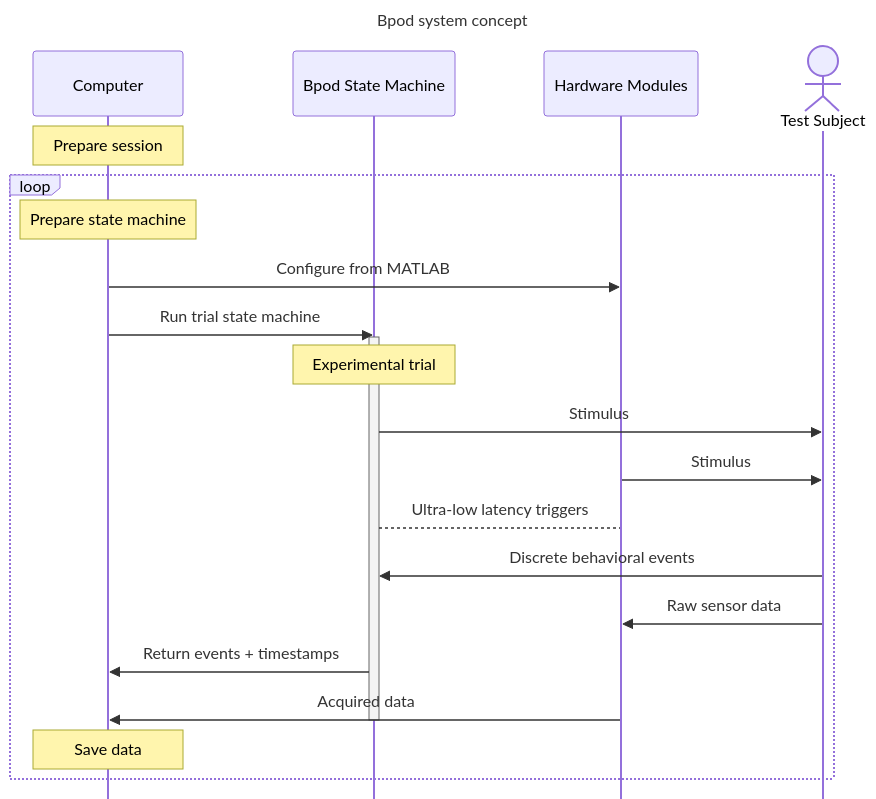
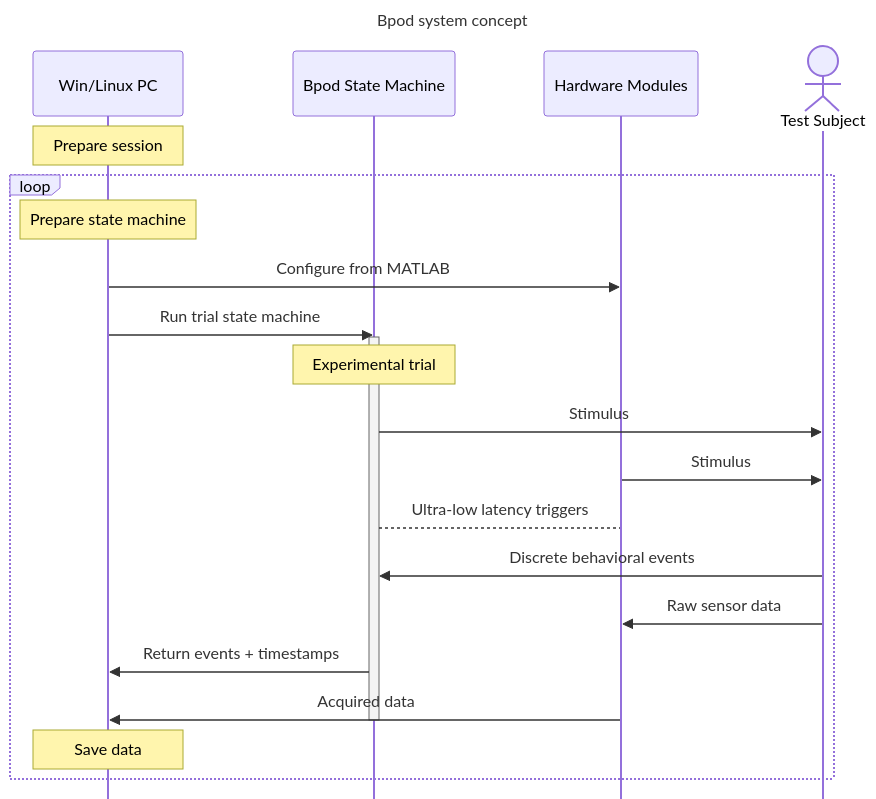
The diagram in docs/index.md (sanworks/Bpod_Wiki), drawn with Mermaid before and after one commit. The commit also changed 15 other files, not shown here.

````diff
--- a/docs/index.md
+++ b/docs/index.md
@@ -41,29 +41,29 @@
 ```mermaid
 ---
 title: Bpod system concept
 ---
 %%{init: { 'theme': 'default', 'sequence': { 'mirrorActors': false } }}%%
 sequenceDiagram
-participant matlab as Computer
+participant matlab as Win/Linux PC
 participant bpod as Bpod State Machine
 participant external as Hardware Modules
 actor subject as Test Subject
 
 Note over matlab: Prepare session
 loop
 Note over matlab: Prepare state machine
 matlab ->> external: Configure from MATLAB
 matlab ->> bpod: Run trial state machine
 activate bpod
 Note over bpod: Experimental trial
 bpod ->> subject: Stimulus
 external ->> subject: Stimulus
 bpod -->external: Ultra-low latency triggers
 subject ->> bpod: Discrete behavioral events
 subject ->> external: Raw sensor data
 bpod ->> matlab: Return events + timestamps
 external ->> matlab: Acquired data
 deactivate bpod
 Note over matlab: Save data
 end
 ```
````
